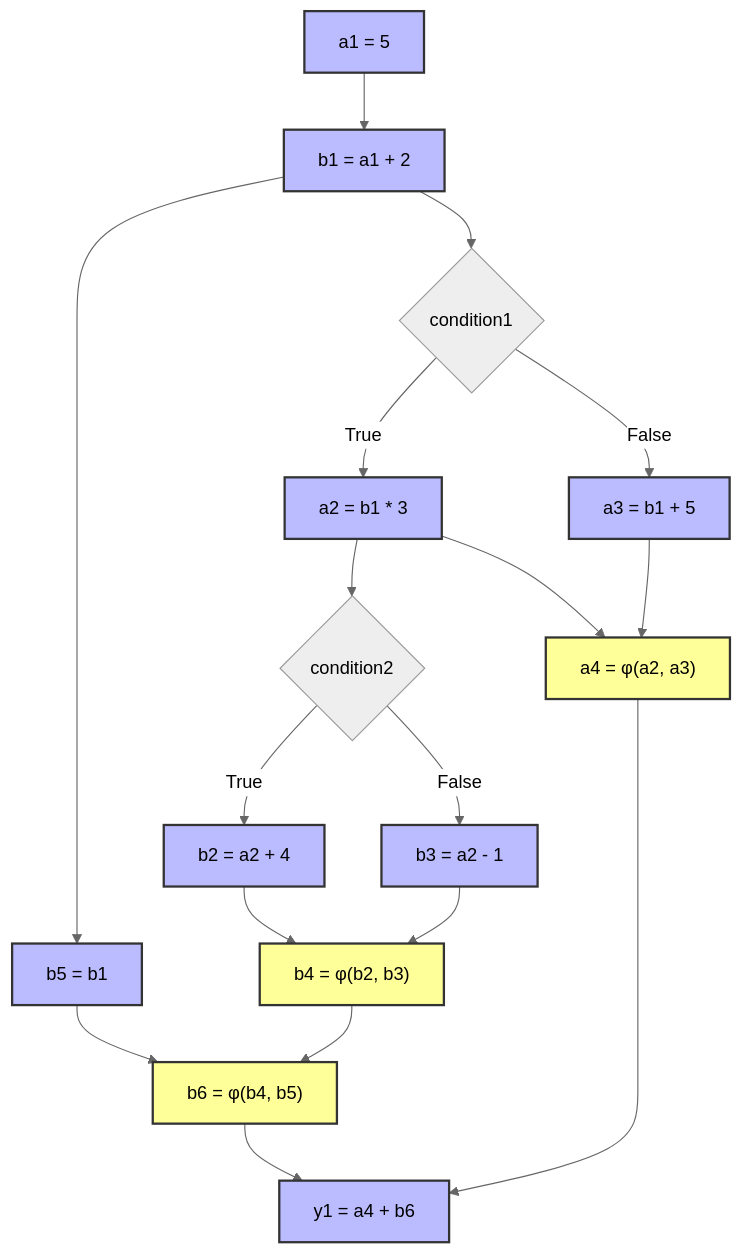
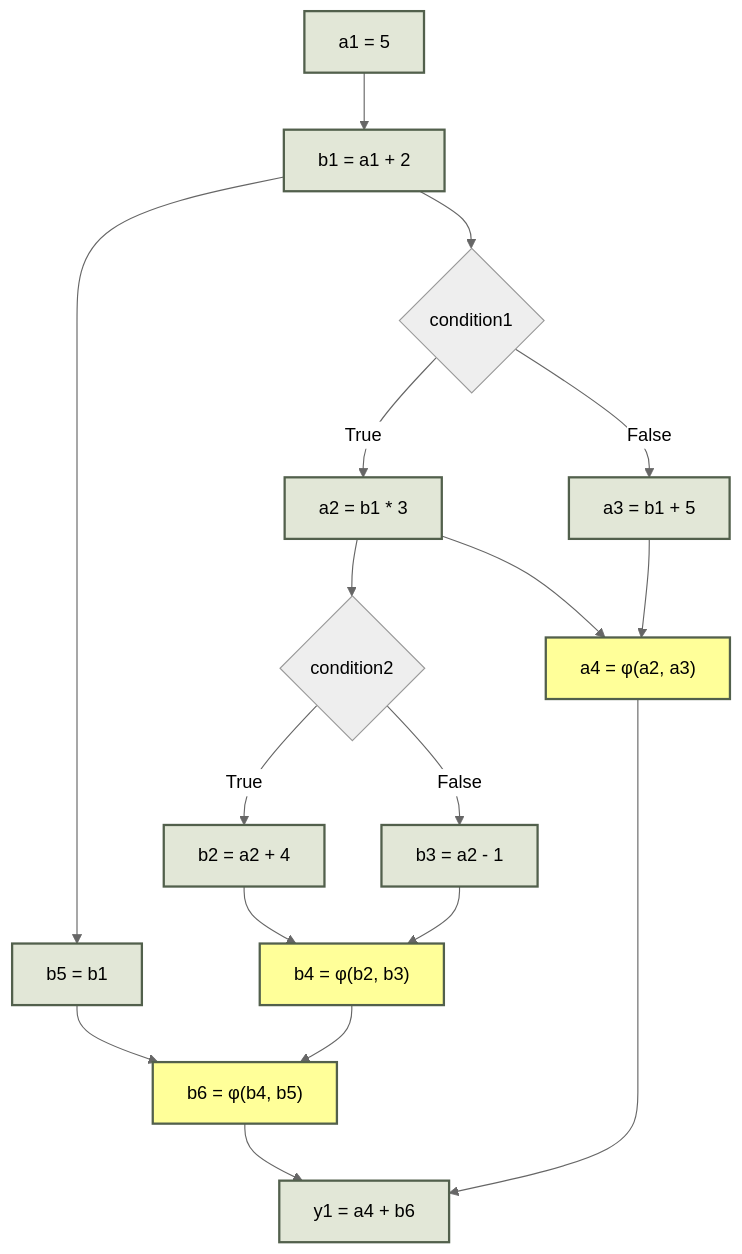
Before and after one commit to yaklang/ssa.to: the sixth of 18 diagrams in static-analysis-guide/compile-ssa-form.mdx, drawn with Mermaid (neutral theme). The commit also changed other lines of this file and 91 other files, not shown here.

````diff
--- a/static-analysis-guide/compile-ssa-form.mdx
+++ b/static-analysis-guide/compile-ssa-form.mdx
@@ -473,27 +457,27 @@
 ```mermaid
 graph TD
     A1[a1 = 5] --> A2[b1 = a1 + 2] --> B{condition1}
     B -->|True| C1[a2 = b1 * 3] --> D{condition2}
     D -->|True| E1[b2 = a2 + 4] --> F["b4 = φ(b2, b3)"]
     D -->|False| E2[b3 = a2 - 1] --> F
     B -->|False| C2[a3 = b1 + 5]
     F1[b5 = b1] --> G["b6 = φ(b4, b5)"]
     A2 --> F1
     F --> G
     C1 --> H["a4 = φ(a2, a3)"]
     C2 --> H
     G --> I[y1 = a4 + b6]
     H --> I
 
-    style A1 fill:#bbf,stroke:#333,stroke-width:2px
-    style A2 fill:#bbf,stroke:#333,stroke-width:2px
-    style C1 fill:#bbf,stroke:#333,stroke-width:2px
-    style C2 fill:#bbf,stroke:#333,stroke-width:2px
-    style E1 fill:#bbf,stroke:#333,stroke-width:2px
-    style E2 fill:#bbf,stroke:#333,stroke-width:2px
-    style F fill:#ff9,stroke:#333,stroke-width:2px
-    style F1 fill:#bbf,stroke:#333,stroke-width:2px
-    style G fill:#ff9,stroke:#333,stroke-width:2px
-    style H fill:#ff9,stroke:#333,stroke-width:2px
-    style I fill:#bbf,stroke:#333,stroke-width:2px
+    style A1 fill:#e2e7d7,stroke:#52604c,stroke-width:2px
+    style A2 fill:#e2e7d7,stroke:#52604c,stroke-width:2px
+    style C1 fill:#e2e7d7,stroke:#52604c,stroke-width:2px
+    style C2 fill:#e2e7d7,stroke:#52604c,stroke-width:2px
+    style E1 fill:#e2e7d7,stroke:#52604c,stroke-width:2px
+    style E2 fill:#e2e7d7,stroke:#52604c,stroke-width:2px
+    style F fill:#ff9,stroke:#52604c,stroke-width:2px
+    style F1 fill:#e2e7d7,stroke:#52604c,stroke-width:2px
+    style G fill:#ff9,stroke:#52604c,stroke-width:2px
+    style H fill:#ff9,stroke:#52604c,stroke-width:2px
+    style I fill:#e2e7d7,stroke:#52604c,stroke-width:2px
 ```
````
